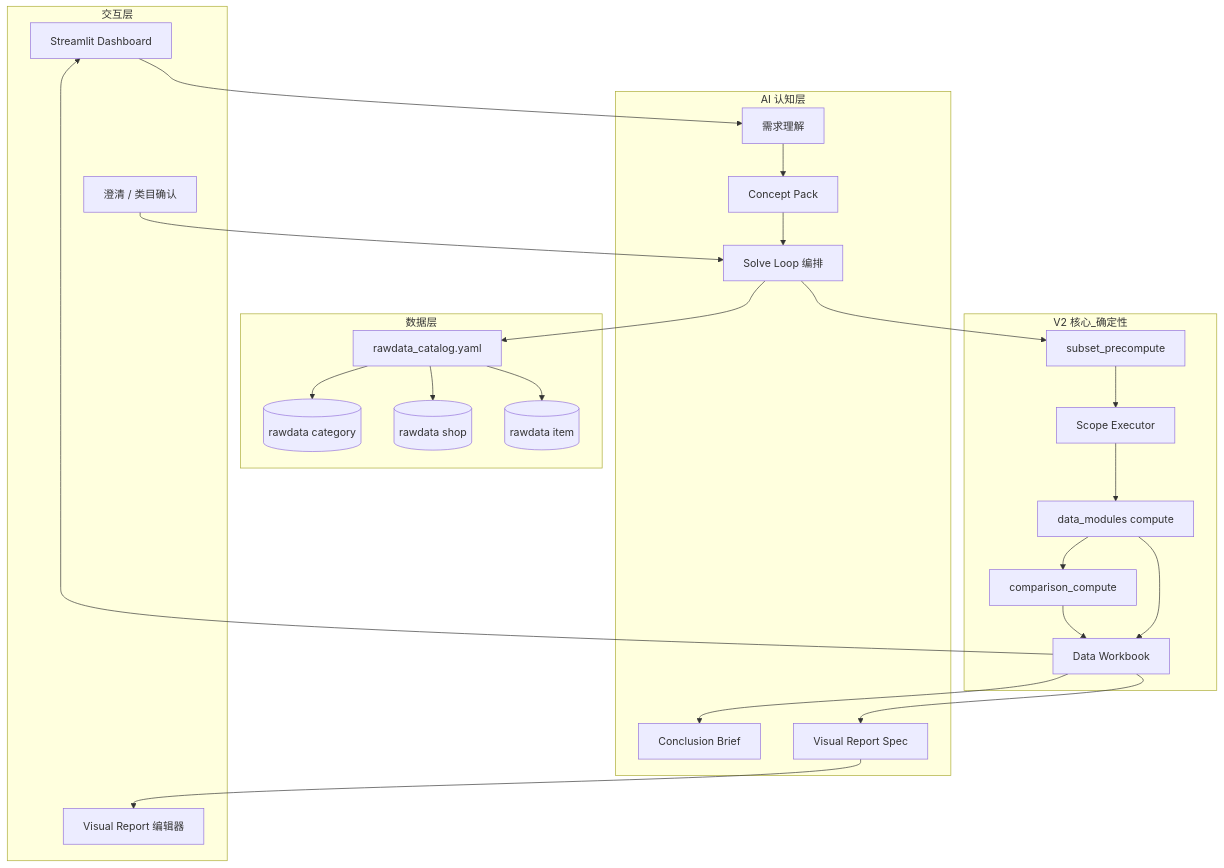
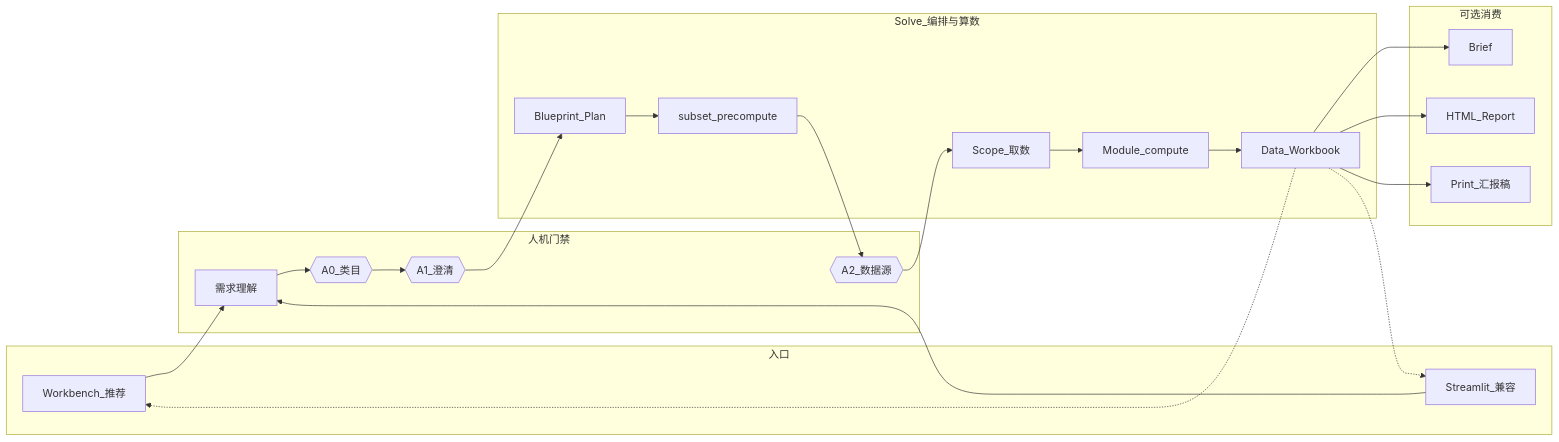
One commit to coco20020806/CateMate-Version-1.0- changed the third of 3 diagrams in README.md. Above: the diagram before and after it, drawn with Mermaid. The commit also changed other lines of this file, not shown here.

Commit message:
docs: refresh V2 main-pipeline diagram for Workbench-first flow.

````diff
--- a/README.md
+++ b/README.md
@@ -320,41 +322,39 @@
 ```mermaid
-flowchart TB
-  subgraph ui [交互层]
-    ST[Streamlit Dashboard]
-    CE[澄清 / 类目确认]
-    VE[Visual Report 编辑器]
+flowchart LR
+  subgraph entry [入口]
+    WB[Workbench_推荐]
+    ST[Streamlit_兼容]
   end
 
-  subgraph cognition [AI 认知层]
-    UG[需求理解]
-    CP[Concept Pack]
-    SL[Solve Loop 编排]
-    BRIEF[Conclusion Brief]
-    VR[Visual Report Spec]
+  subgraph gates [人机门禁]
+    U[需求理解]
+    A0{{A0_类目}}
+    A1{{A1_澄清}}
+    A2{{A2_数据源}}
   end
 
-  subgraph data [数据层]
-    CAT[(rawdata category)]
-    SHOP[(rawdata shop)]
-    ITEM[(rawdata item)]
-    CATALOG[rawdata_catalog.yaml]
+  subgraph solve [Solve_编排与算数]
+    BP[Blueprint_Plan]
+    PRE[subset_precompute]
+    SC[Scope_取数]
+    DM[Module_compute]
+    DWB[Data_Workbook]
   end
 
-  subgraph v2core [V2 核心_确定性]
-    PRE[subset_precompute]
-    SC[Scope Executor]
-    DM[data_modules compute]
-    CMP[comparison_compute]
-    DWB[Data Workbook]
+  subgraph consume [可选消费]
+    BRIEF[Brief]
+    HTML[HTML_Report]
+    PRINT[Print_汇报稿]
   end
 
-  ST --> UG --> CP --> SL
-  SL --> CATALOG
-  CATALOG --> CAT & SHOP & ITEM
-  SL --> PRE --> SC --> DM --> DWB
-  DM --> CMP --> DWB
-  CE --> SL
+  WB --> U
+  ST --> U
+  U --> A0 --> A1 --> BP
+  BP --> PRE --> A2
+  A2 --> SC --> DM --> DWB
   DWB --> BRIEF
-  DWB --> VR --> VE
-  DWB --> ST
+  DWB --> HTML
+  DWB --> PRINT
+  DWB -.-> WB
+  DWB -.-> ST
 ```
````
